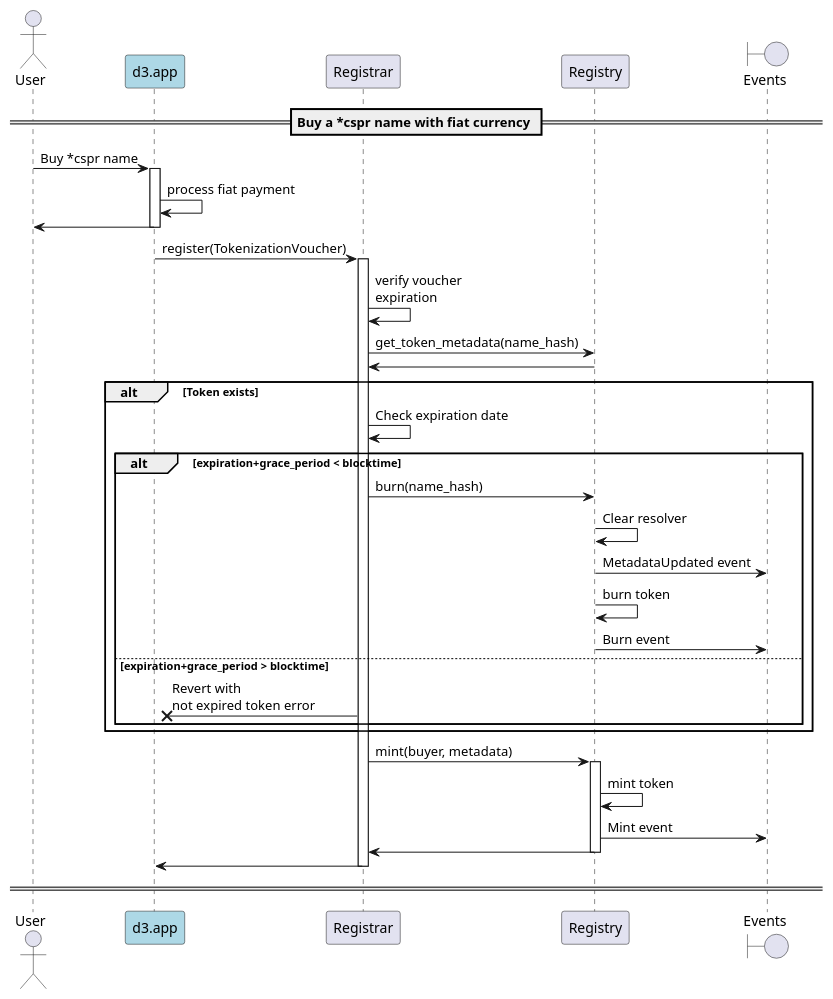
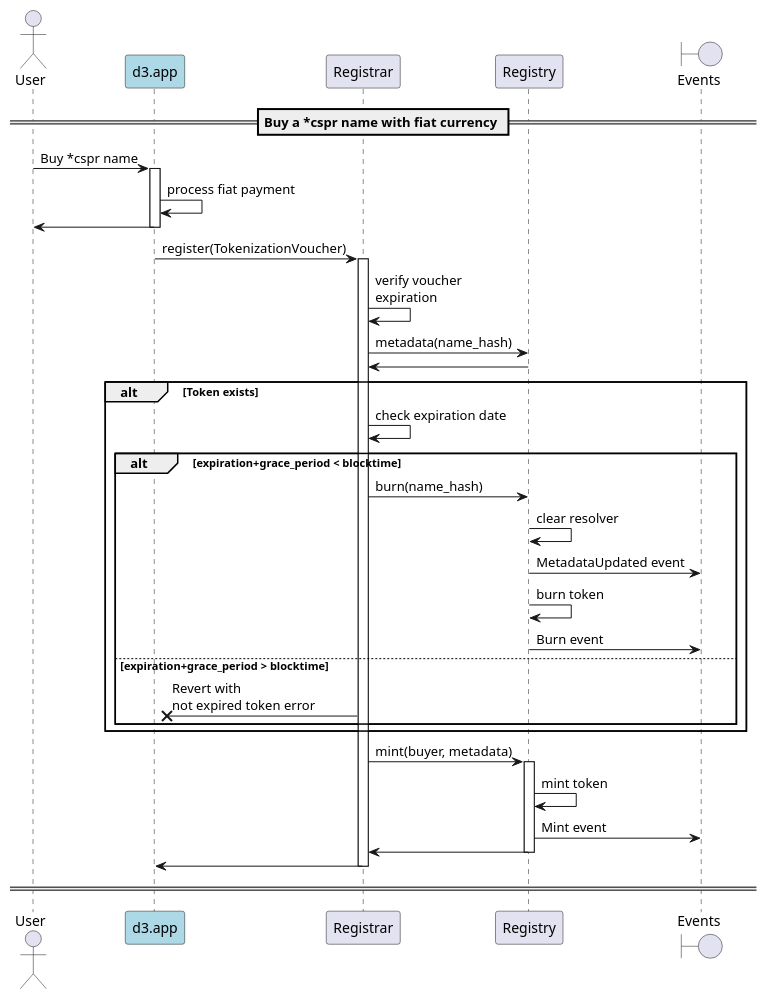
The diagram in docs/sequence-diagrams/puml/offchain-purchase.puml (make-software/cspr-name-contracts), drawn with PlantUML before and after one commit. The commit also changed 22 other files, not shown here.

Commit message:
few text fixes. new diagram for can_transfer() filter contract logic

```diff
--- a/docs/sequence-diagrams/puml/offchain-purchase.puml
+++ b/docs/sequence-diagrams/puml/offchain-purchase.puml
@@ -1,47 +1,47 @@
 @startuml
 'https://plantuml.com/sequence-diagram
 
 'autonumber
 actor User
 participant "d3.app" as d3 #lightblue
 participant "Registrar"
 participant "Registry"
 boundary "Events"
 
 == Buy a *cspr name with fiat currency ==
 
 User -> d3: Buy *cspr name
 activate d3
 d3 -> d3: process fiat payment
 d3 -> User
 deactivate d3
 
 d3 -> Registrar: register(TokenizationVoucher)
 activate Registrar
 Registrar -> Registrar: verify voucher\nexpiration
-Registrar -> Registry: get_token_metadata(name_hash)
+Registrar -> Registry: metadata(name_hash)
 Registry -> Registrar
 alt Token exists
-    Registrar -> Registrar: Check expiration date
+    Registrar -> Registrar: check expiration date
     alt expiration+grace_period < blocktime
         Registrar -> Registry: burn(name_hash)
-        Registry -> Registry: Clear resolver
+        Registry -> Registry: clear resolver
         Registry -> "Events": MetadataUpdated event
         Registry -> Registry: burn token
         Registry -> "Events": Burn event
     else expiration+grace_period > blocktime
         Registrar ->x d3: Revert with\nnot expired token error
     end
 end
 Registrar -> Registry: mint(buyer, metadata)
 activate Registry
 Registry -> Registry: mint token
 Registry -> "Events": Mint event
 Registry -> Registrar
 deactivate Registry
 Registrar -> d3
 deactivate Registrar
 deactivate d3
 
 == ==
 @enduml
```
